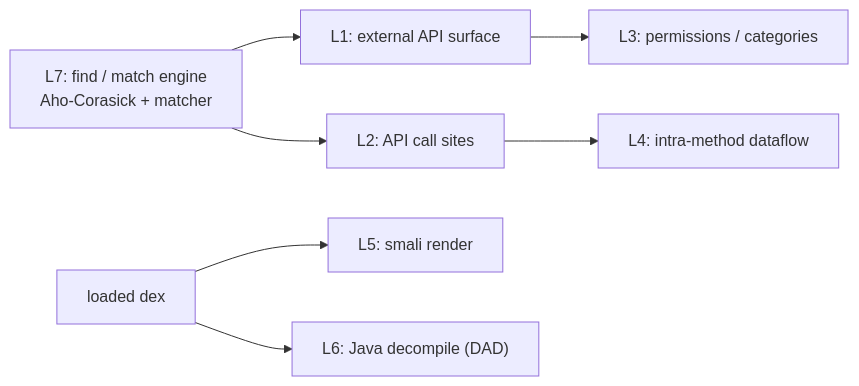
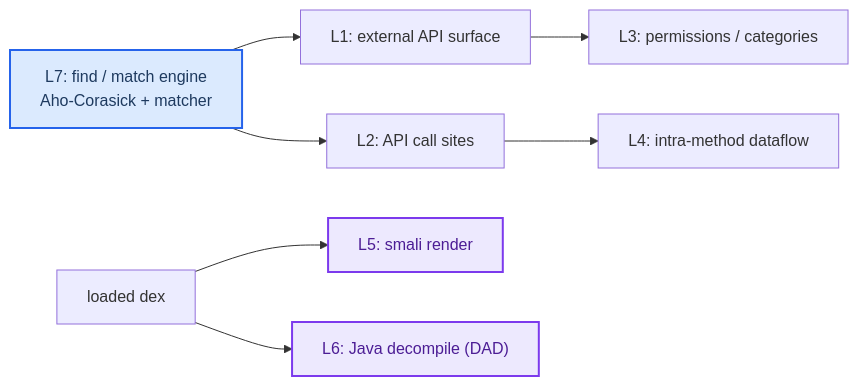
Before and after one commit to mobile-threat-hunter/dex-analyzer-for-llm: the third of 6 diagrams in docs/workflow.md, drawn with Mermaid. The commit also changed other lines of this file and 2 other files, not shown here.

First line of the commit message:
docs: apply markdown-mermaid-writing skill standards to all diagrams

````diff
--- a/docs/workflow.md
+++ b/docs/workflow.md
@@ -70,10 +81,19 @@
 ```mermaid
 flowchart LR
-    L7["L7: find / match engine<br/>Aho-Corasick + matcher"]
-    L7 --> L1["L1: external API surface"]
-    L7 --> L2["L2: API call sites"]
-    L1 --> L3["L3: permissions / categories"]
-    L2 --> L4["L4: intra-method dataflow"]
-    RAW["loaded dex"] --> L5["L5: smali render"]
-    RAW --> L6["L6: Java decompile (DAD)"]
+    accTitle: L1-L7 Capability Ladder
+    accDescr: The L7 find/match engine is the bottom-layer search primitive that L1-L4 build on (API surface, call sites, permissions, dataflow); L5 and L6 are separate smali and Java decompile paths over the loaded dex.
+
+    l7_engine["L7: find / match engine<br/>Aho-Corasick + matcher"]
+    l7_engine --> l1_apis["L1: external API surface"]
+    l7_engine --> l2_call_sites["L2: API call sites"]
+    l1_apis --> l3_permissions["L3: permissions / categories"]
+    l2_call_sites --> l4_dataflow["L4: intra-method dataflow"]
+    loaded_dex["loaded dex"] --> l5_smali["L5: smali render"]
+    loaded_dex --> l6_decompile["L6: Java decompile (DAD)"]
+
+    classDef primitive fill:#dbeafe,stroke:#2563eb,stroke-width:2px,color:#1e3a5f
+    classDef decompile fill:#ede9fe,stroke:#7c3aed,stroke-width:2px,color:#4c1d95
+
+    class l7_engine primitive
+    class l5_smali,l6_decompile decompile
 ```
````
